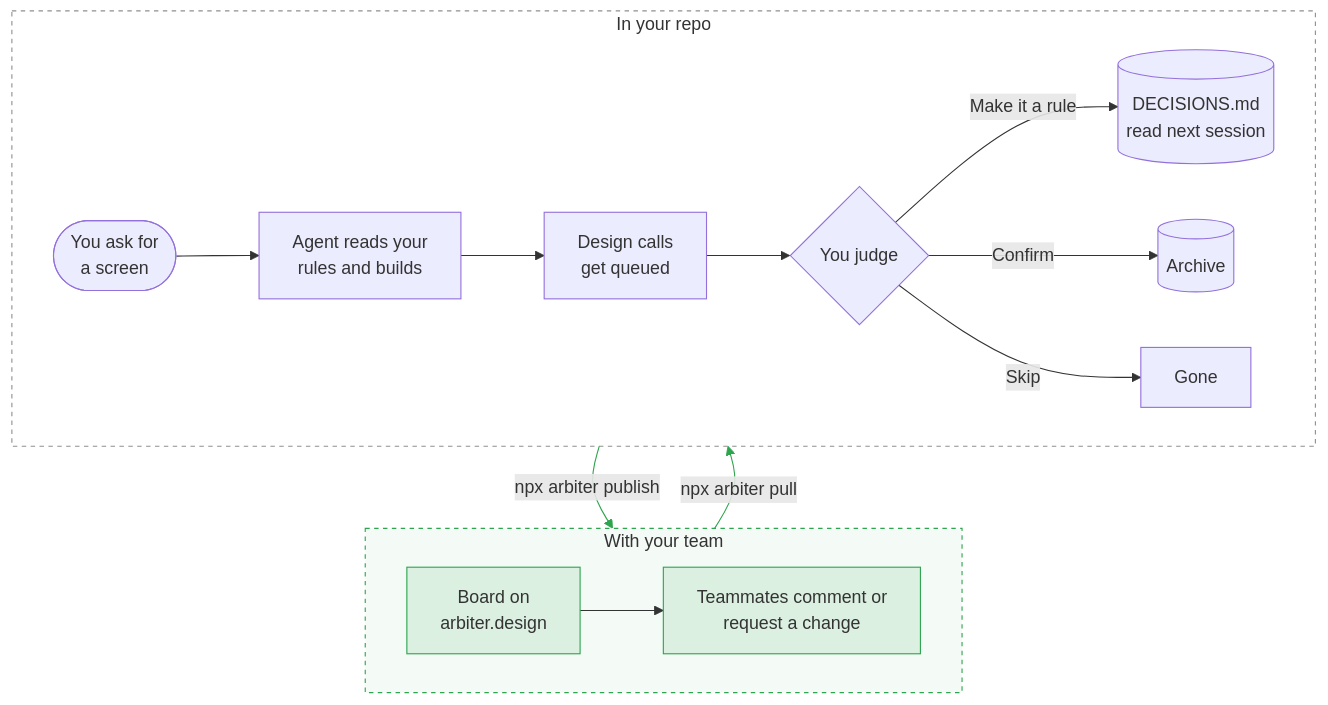
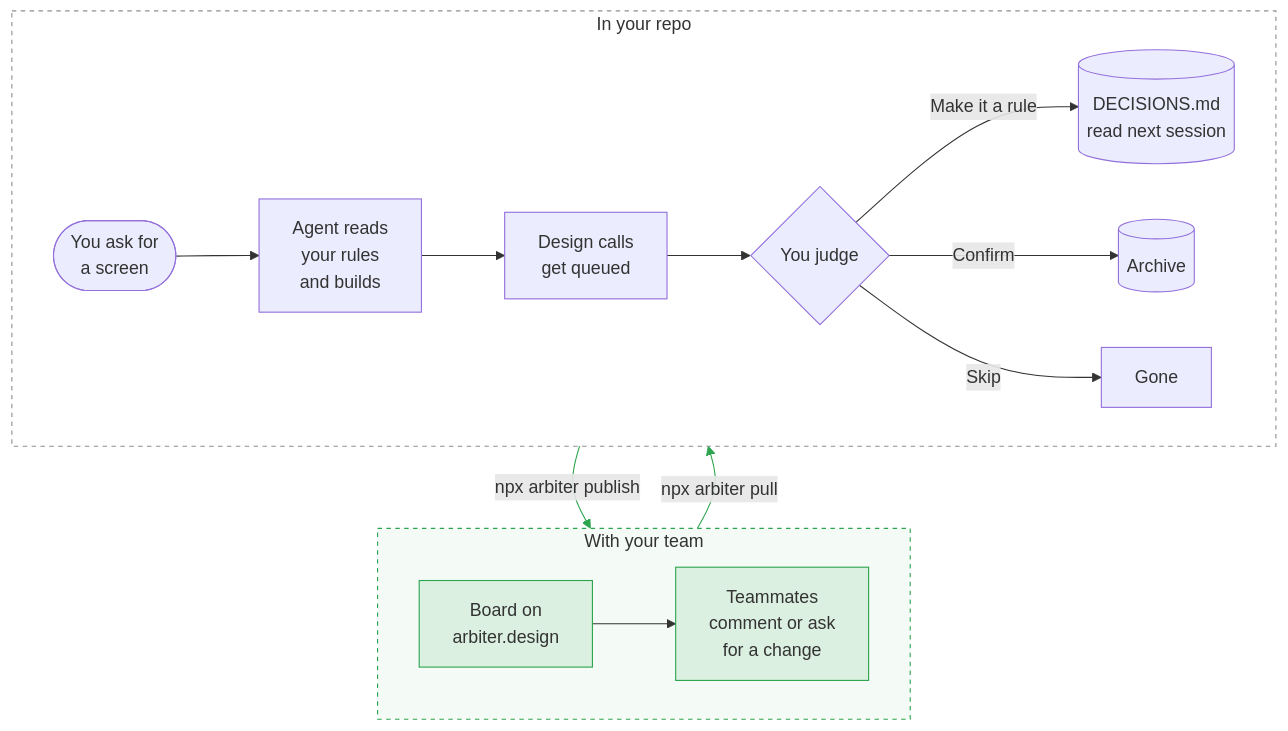
The diagram in README.md (eddie199/arbiter), drawn with Mermaid before and after one commit.

Commit message:
README: keep diagram labels short so GitHub doesn't wrap them

````diff
--- a/README.md
+++ b/README.md
@@ -113,24 +113,24 @@
 ```mermaid
 flowchart TB
     %% The team lane is declared first so it renders below the repo lane.
     subgraph team ["With your team"]
         direction LR
-        H[Board on<br/>arbiter.design] --> I[Teammates comment or<br/>request a change]
+        H[Board on<br/>arbiter.design] --> I[Teammates<br/>comment or ask<br/>for a change]
     end
     subgraph repo ["In your repo"]
         direction LR
-        A([You ask for<br/>a screen]) --> B[Agent reads your<br/>rules and builds]
+        A([You ask for<br/>a screen]) --> B[Agent reads<br/>your rules<br/>and builds]
         B --> C[Design calls<br/>get queued]
         C --> D{You judge}
         D -- Make it a rule --> E[(DECISIONS.md<br/>read next session)]
         D -- Confirm --> F[(Archive)]
         D -- Skip --> G[Gone]
     end
     repo -- npx arbiter publish --> team
     team -- npx arbiter pull --> repo
     classDef teamNode fill:#2da44e1f,stroke:#2da44e
     class H,I teamNode
     style repo fill:transparent,stroke:#8f8f8f,stroke-dasharray:4 4
     style team fill:#2da44e0d,stroke:#2da44e,stroke-dasharray:4 4
     linkStyle 7,8 stroke:#2da44e
 ```
````
